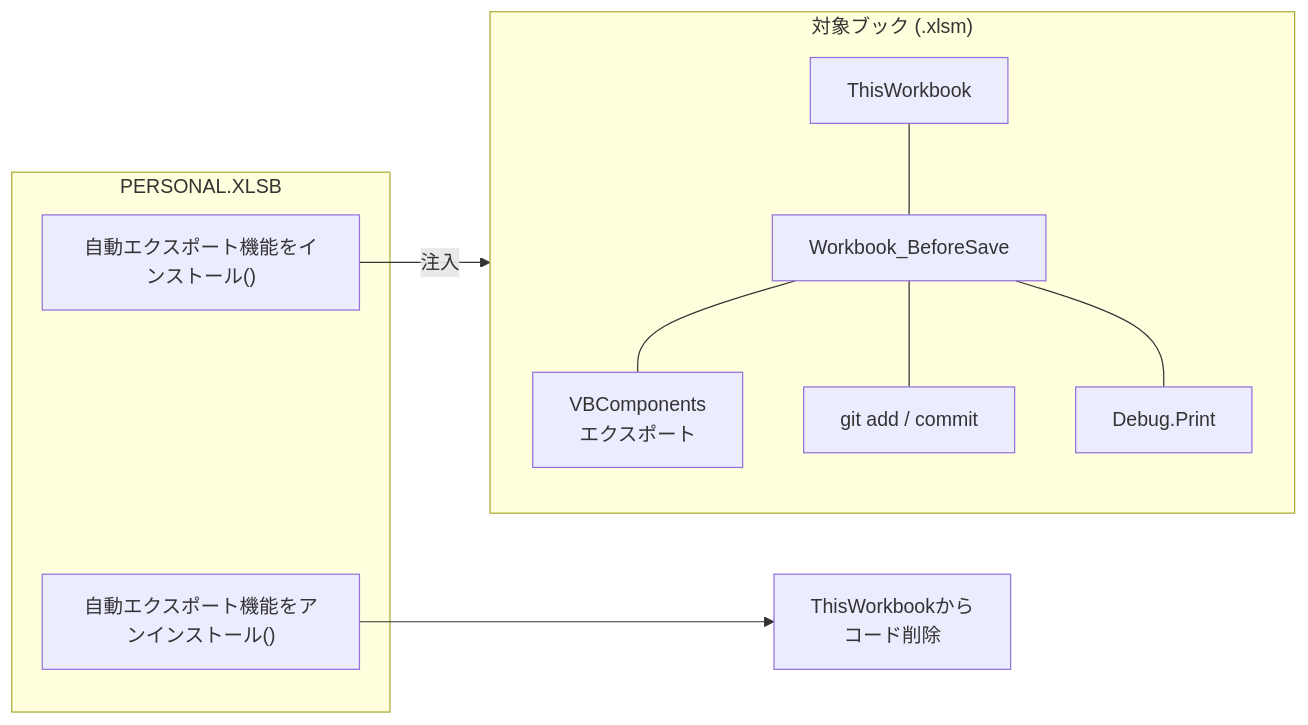
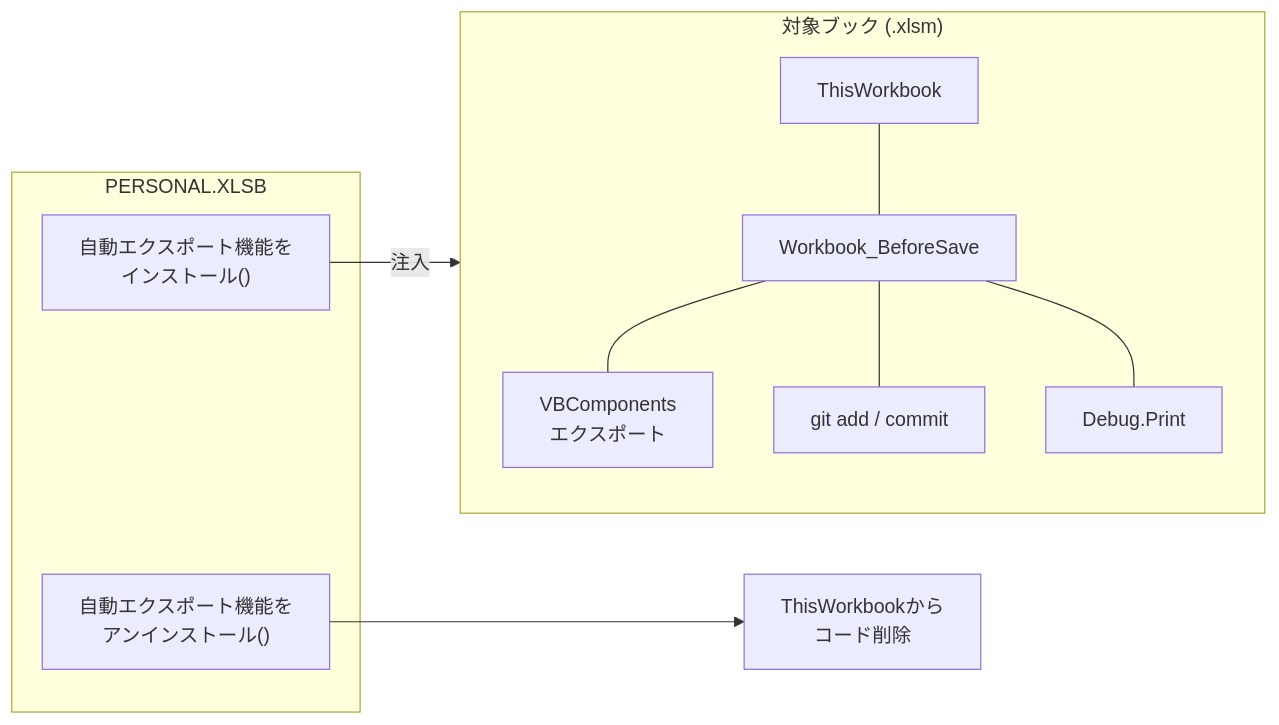
Before and after one commit to aki0178/business-system-design-portfolio: the diagram in 04_vba_git_automation.md, drawn with Mermaid.

````diff
--- a/04_vba_git_automation.md
+++ b/04_vba_git_automation.md
@@ -43,25 +43,25 @@
 ```mermaid
 flowchart LR
     subgraph P["PERSONAL.XLSB"]
-        P2["自動エクスポート機能をインストール()"]
-        P3["自動エクスポート機能をアンインストール()"]
+        P2["自動エクスポート機能を</BR>インストール()"]
+        P3["自動エクスポート機能を</BR>アンインストール()"]
     end
 
     subgraph T["対象ブック (.xlsm)"]
         direction TB
         T1["ThisWorkbook"]
         T2["Workbook_BeforeSave"]
         T3["VBComponents<br/>エクスポート"]
         T4["git add / commit"]
         T5["Debug.Print"]
         T1 --- T2
         T2 --- T3
         T2 --- T4
         T2 --- T5
     end
 
     D["ThisWorkbookから<br/>コード削除"]
 
     P2 -->|注入| T1
     P3 --> D
 ```
````
